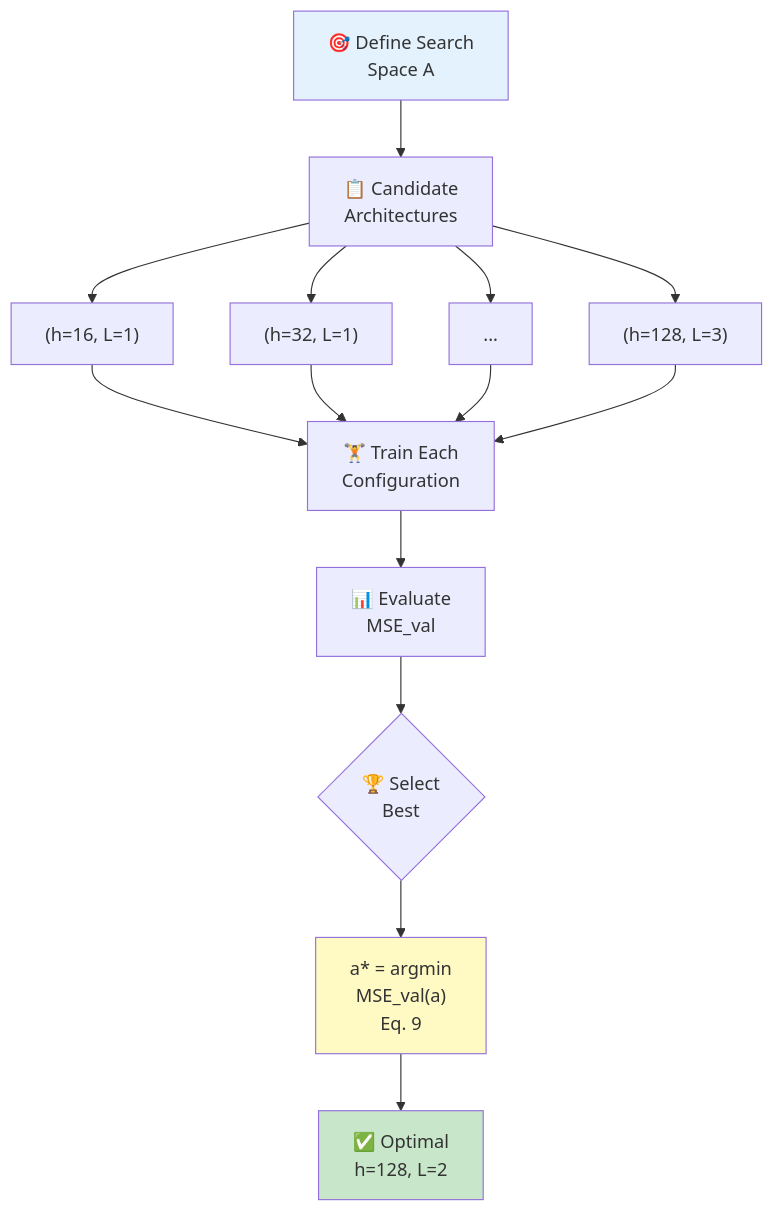
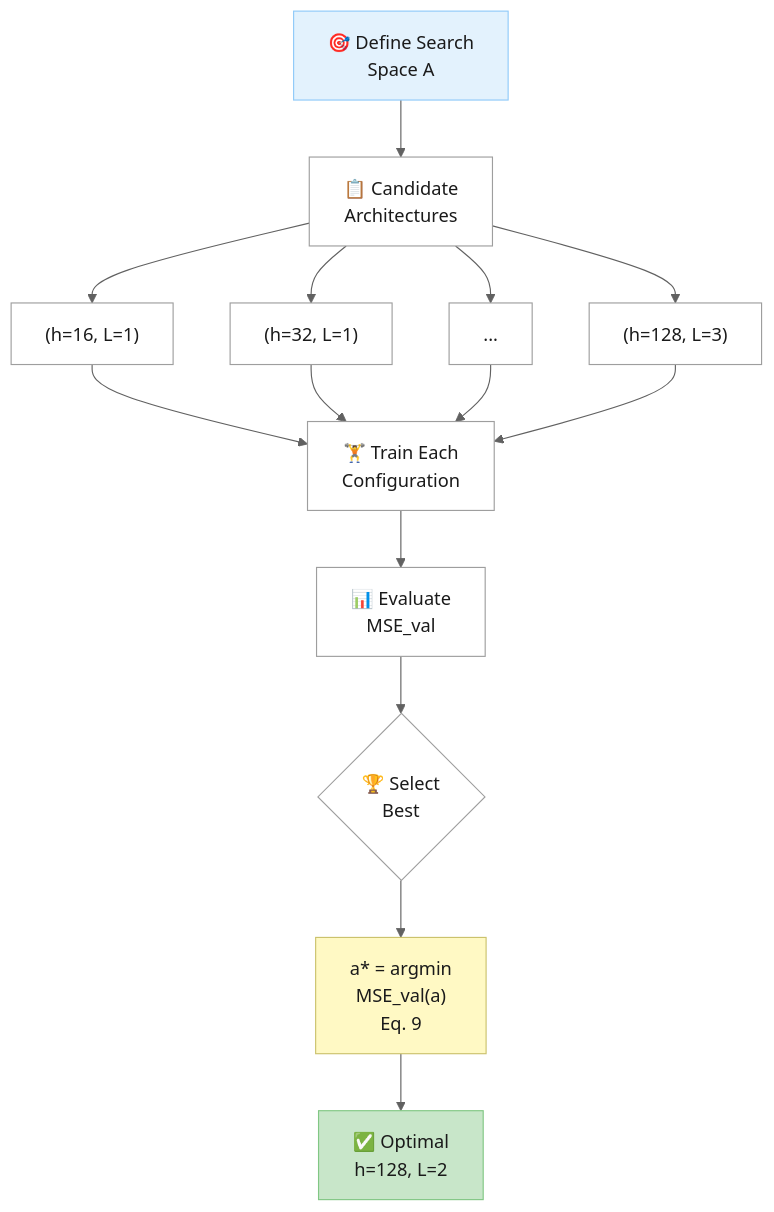
Before and after one commit to jurjsorinliviu/Psi-Vortex: the sixth of 7 diagrams in README.md, drawn with Mermaid. The commit also changed other lines of this file, not shown here.

````diff
--- a/README.md
+++ b/README.md
@@ -622,25 +637,34 @@
 ```mermaid
+%%{init: {'theme':'base','themeVariables':{'primaryTextColor':'#1a1a1a','lineColor':'#616161','titleColor':'#1a1a1a'}}}%%
 flowchart TD
     A["🎯 Define Search<br>Space A"] --> B["📋 Candidate<br>Architectures"]
     
     B --> C1["(h=16, L=1)"]
     B --> C2["(h=32, L=1)"]
     B --> C3["..."]
     B --> C4["(h=128, L=3)"]
     
     C1 --> D["🏋️ Train Each<br>Configuration"]
     C2 --> D
     C3 --> D
     C4 --> D
     
     D --> E["📊 Evaluate<br>MSE_val"]
     
     E --> F{"🏆 Select<br>Best"}
     F --> G["a* = argmin<br>MSE_val(a)<br>Eq. 9"]
     
     G --> H["✅ Optimal<br>h=128, L=2"]
     
-    style A fill:#e3f2fd
-    style G fill:#fff9c4
-    style H fill:#c8e6c9
+    style A fill:#e3f2fd,color:#1a1a1a,stroke:#90caf9
+    style B fill:#ffffff,color:#1a1a1a,stroke:#9e9e9e
+    style C1 fill:#ffffff,color:#1a1a1a,stroke:#9e9e9e
+    style C2 fill:#ffffff,color:#1a1a1a,stroke:#9e9e9e
+    style C3 fill:#ffffff,color:#1a1a1a,stroke:#9e9e9e
+    style C4 fill:#ffffff,color:#1a1a1a,stroke:#9e9e9e
+    style D fill:#ffffff,color:#1a1a1a,stroke:#9e9e9e
+    style E fill:#ffffff,color:#1a1a1a,stroke:#9e9e9e
+    style F fill:#ffffff,color:#1a1a1a,stroke:#9e9e9e
+    style G fill:#fff9c4,color:#1a1a1a,stroke:#cbc26d
+    style H fill:#c8e6c9,color:#1a1a1a,stroke:#81c784
 ```
````
